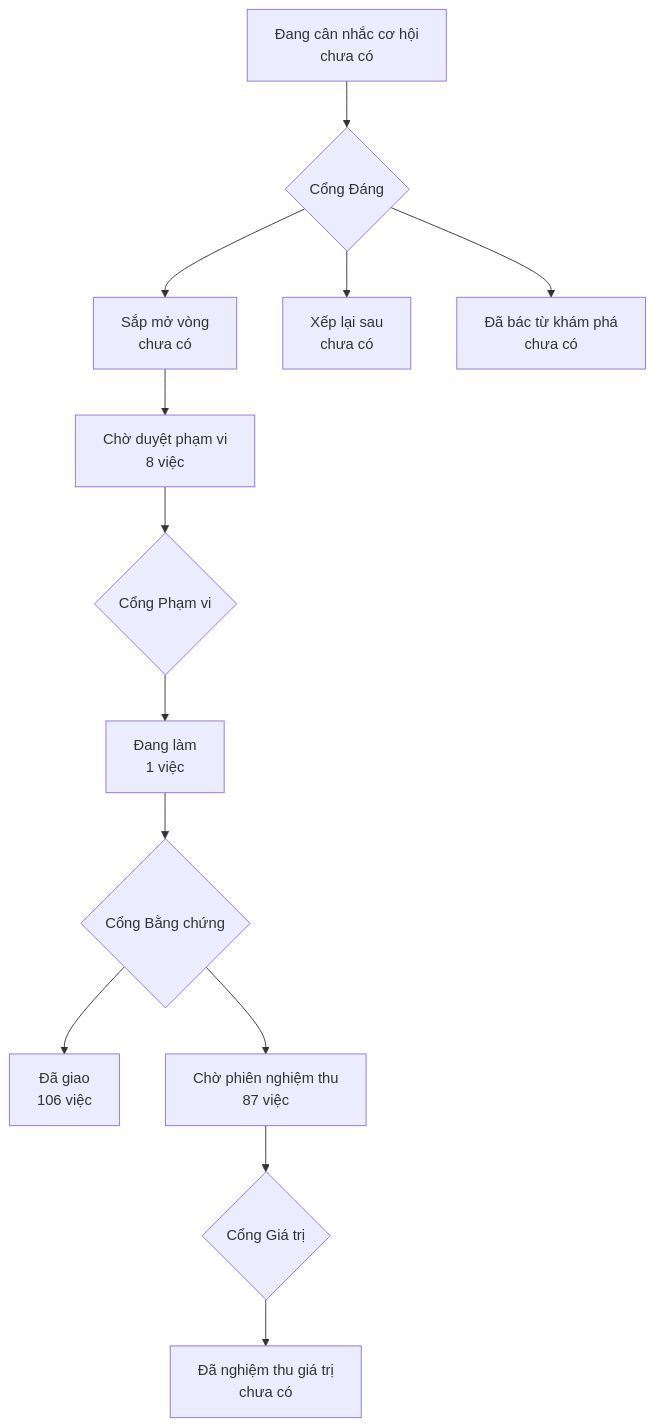
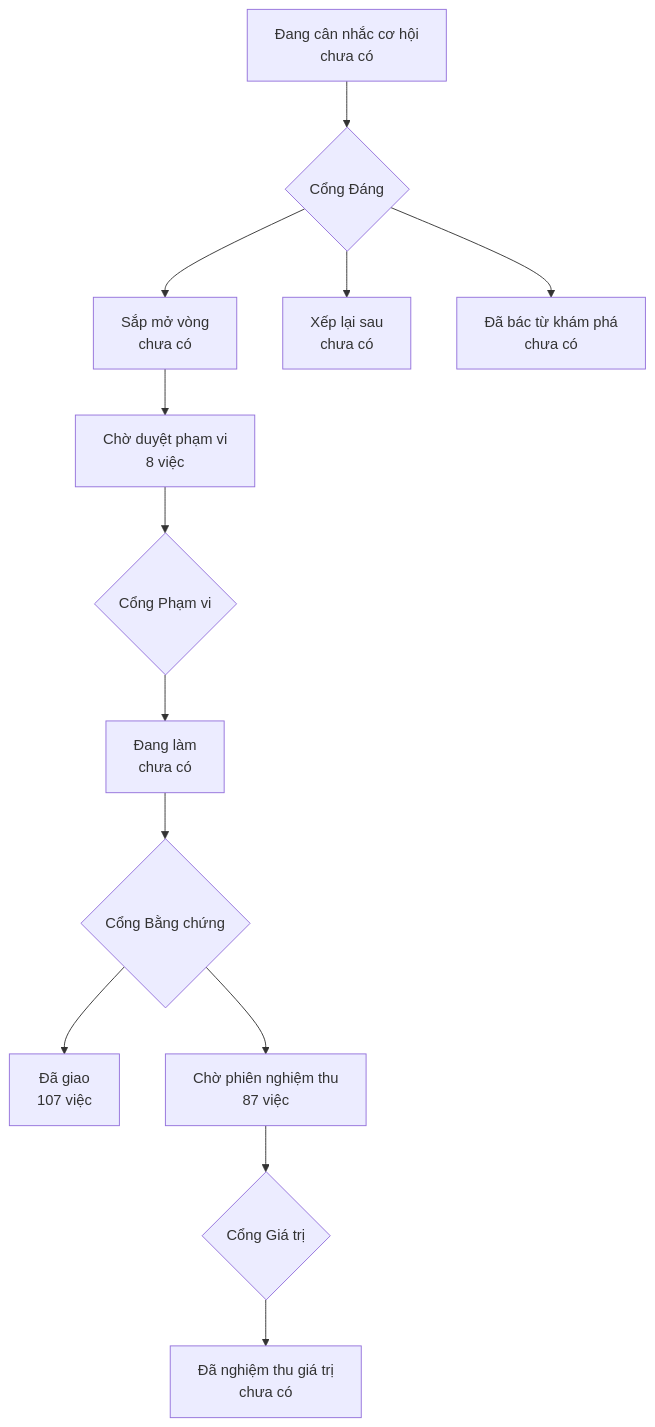
The diagram in PRODUCT-MAP.md (phanlemanh/onehub-invest), drawn with Mermaid before and after one commit. The commit also changed other lines of this file and 4 other files, not shown here.

````diff
--- a/PRODUCT-MAP.md
+++ b/PRODUCT-MAP.md
@@ -7,12 +7,12 @@
 ```mermaid
 flowchart TD
   A["Đang cân nhắc cơ hội<br/>chưa có"] --> GD{"Cổng Đáng"}
   GD --> B["Sắp mở vòng<br/>chưa có"]
   GD --> XL["Xếp lại sau<br/>chưa có"]
   GD --> DB["Đã bác từ khám phá<br/>chưa có"]
   B --> CD["Chờ duyệt phạm vi<br/>8 việc"] --> GP{"Cổng Phạm vi"}
-  GP --> DL["Đang làm<br/>1 việc"] --> GB{"Cổng Bằng chứng"}
-  GB --> DG["Đã giao<br/>106 việc"]
+  GP --> DL["Đang làm<br/>chưa có"] --> GB{"Cổng Bằng chứng"}
+  GB --> DG["Đã giao<br/>107 việc"]
   GB --> CN["Chờ phiên nghiệm thu<br/>87 việc"] --> GG{"Cổng Giá trị"}
   GG --> NT["Đã nghiệm thu giá trị<br/>chưa có"]
 ```
````
